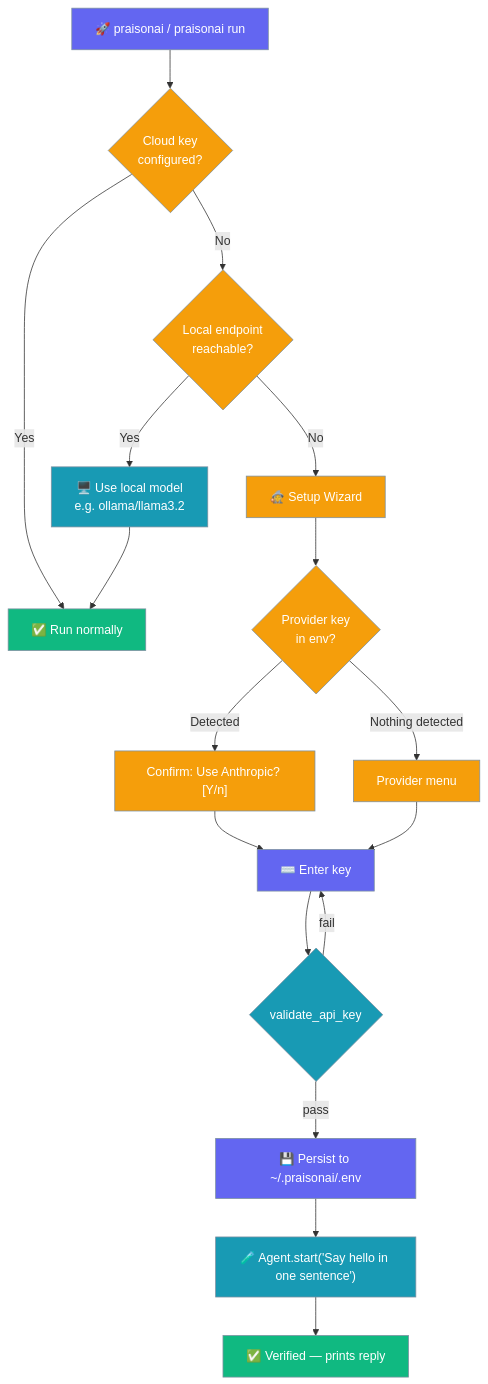
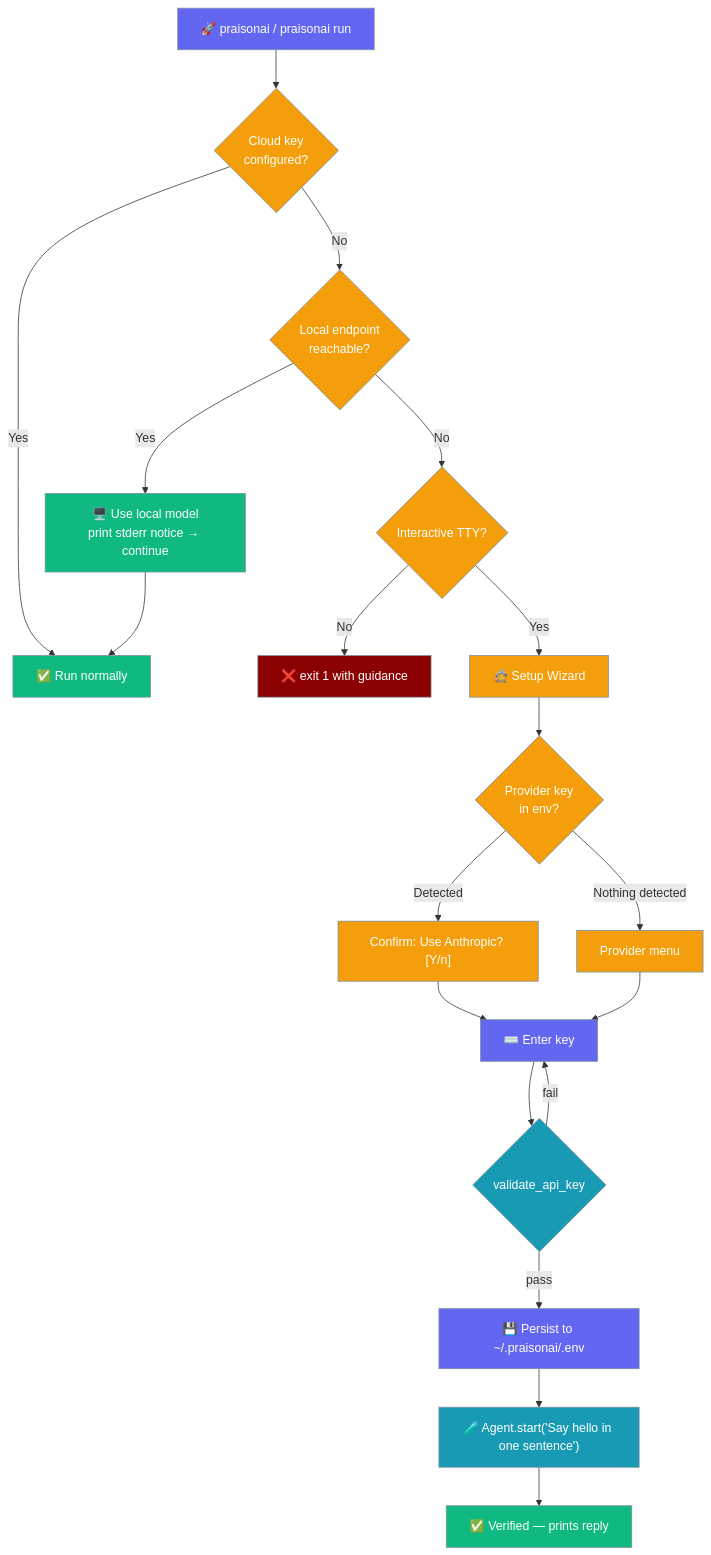
The third of 4 diagrams in docs/features/first-run-onboarding.mdx (MervinPraison/PraisonAIDocs), drawn with Mermaid before and after one commit. The commit also changed other lines of this file and 7 other files, not shown here.

````diff
--- a/docs/features/first-run-onboarding.mdx
+++ b/docs/features/first-run-onboarding.mdx
@@ -60,37 +60,39 @@
 ```mermaid
 graph TB
     A[🚀 praisonai / praisonai run] --> B{Cloud key<br/>configured?}
     B -->|Yes| C[✅ Run normally]
-    B -->|No| L{Local endpoint<br/>reachable?}
-    L -->|Yes| LM[🖥️ Use local model<br/>e.g. ollama/llama3.2]
-    LM --> C
-    L -->|No| D[🧙 Setup Wizard]
+    B -->|No| LOCAL{Local endpoint<br/>reachable?}
+    LOCAL -->|Yes| LN[🖥️ Use local model<br/>print stderr notice → continue]
+    LN --> C
+    LOCAL -->|No| TTY{Interactive TTY?}
+    TTY -->|No| EXIT[❌ exit 1 with guidance]
+    TTY -->|Yes| D[🧙 Setup Wizard]
     D --> AD{Provider key<br/>in env?}
     AD -->|Detected| CF["Confirm: Use Anthropic? [Y/n]"]
     AD -->|Nothing detected| MENU[Provider menu]
     CF --> K[⌨️ Enter key]
     MENU --> K
     K --> V{validate_api_key}
     V -->|fail| K
     V -->|pass| P[💾 Persist to ~/.praisonai/.env]
     P --> S["🧪 Agent.start('Say hello in one sentence')"]
     S --> DONE[✅ Verified — prints reply]
 
     classDef start fill:#6366F1,stroke:#7C90A0,color:#fff
     classDef check fill:#F59E0B,stroke:#7C90A0,color:#fff
     classDef success fill:#10B981,stroke:#7C90A0,color:#fff
     classDef validate fill:#189AB4,stroke:#7C90A0,color:#fff
     classDef fail fill:#8B0000,stroke:#7C90A0,color:#fff
     classDef wizard fill:#F59E0B,stroke:#7C90A0,color:#fff
     classDef input fill:#6366F1,stroke:#7C90A0,color:#fff
     classDef local fill:#189AB4,stroke:#7C90A0,color:#fff
 
     class A start
-    class B,AD,L check
-    class C,DONE success
+    class B,AD,LOCAL,TTY check
+    class C,DONE,LN success
     class D,CF,MENU wizard
     class K,P input
     class V validate
     class S validate
-    class LM local
+    class EXIT fail
 ```
````
